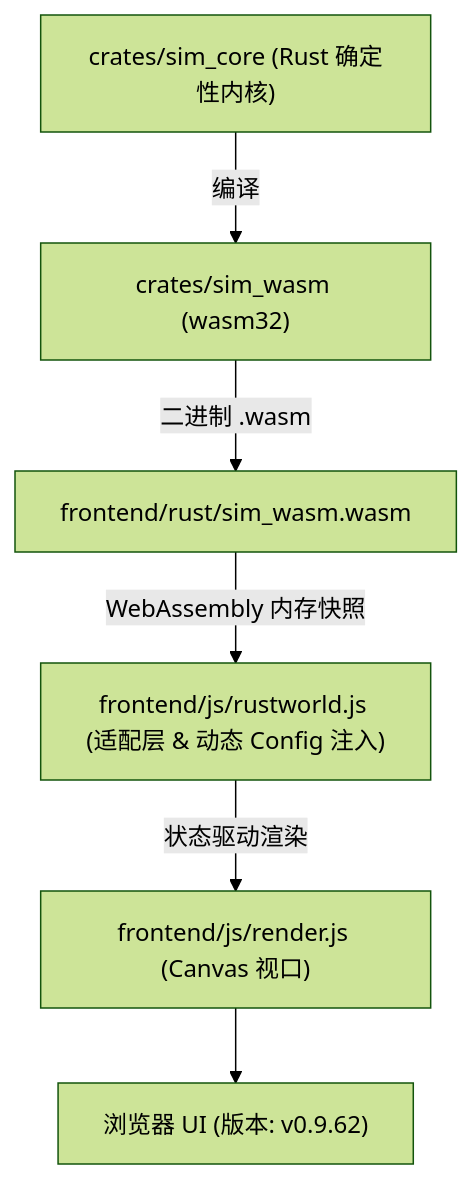
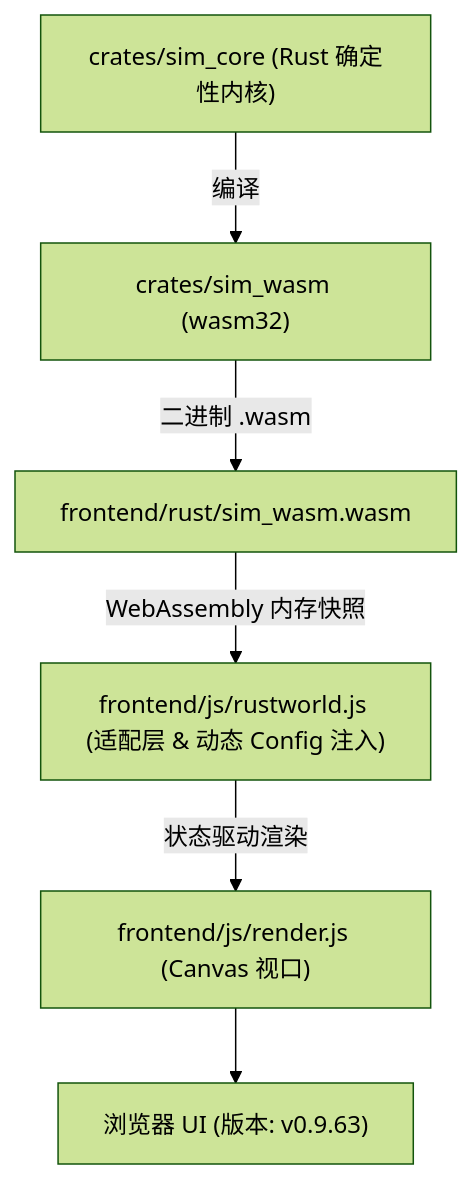
Before and after one commit to g39088902/FlowAndAccord: the diagram in AGENTS.md, drawn with Mermaid (forest theme). The commit also changed other lines of this file and 18 other files, not shown here.

````diff
--- a/AGENTS.md
+++ b/AGENTS.md
@@ -42,8 +42,8 @@
 ```mermaid
 graph TD
     A["crates/sim_core (Rust 确定性内核)"] -->|编译| B["crates/sim_wasm (wasm32)"]
     B -->|二进制 .wasm| C["frontend/rust/sim_wasm.wasm"]
     C -->|WebAssembly 内存快照| D["frontend/js/rustworld.js (适配层 & 动态 Config 注入)"]
     D -->|状态驱动渲染| E["frontend/js/render.js (Canvas 视口)"]
-    E --> F["浏览器 UI (版本: v0.9.62)"]
+    E --> F["浏览器 UI (版本: v0.9.63)"]
 ```
````
